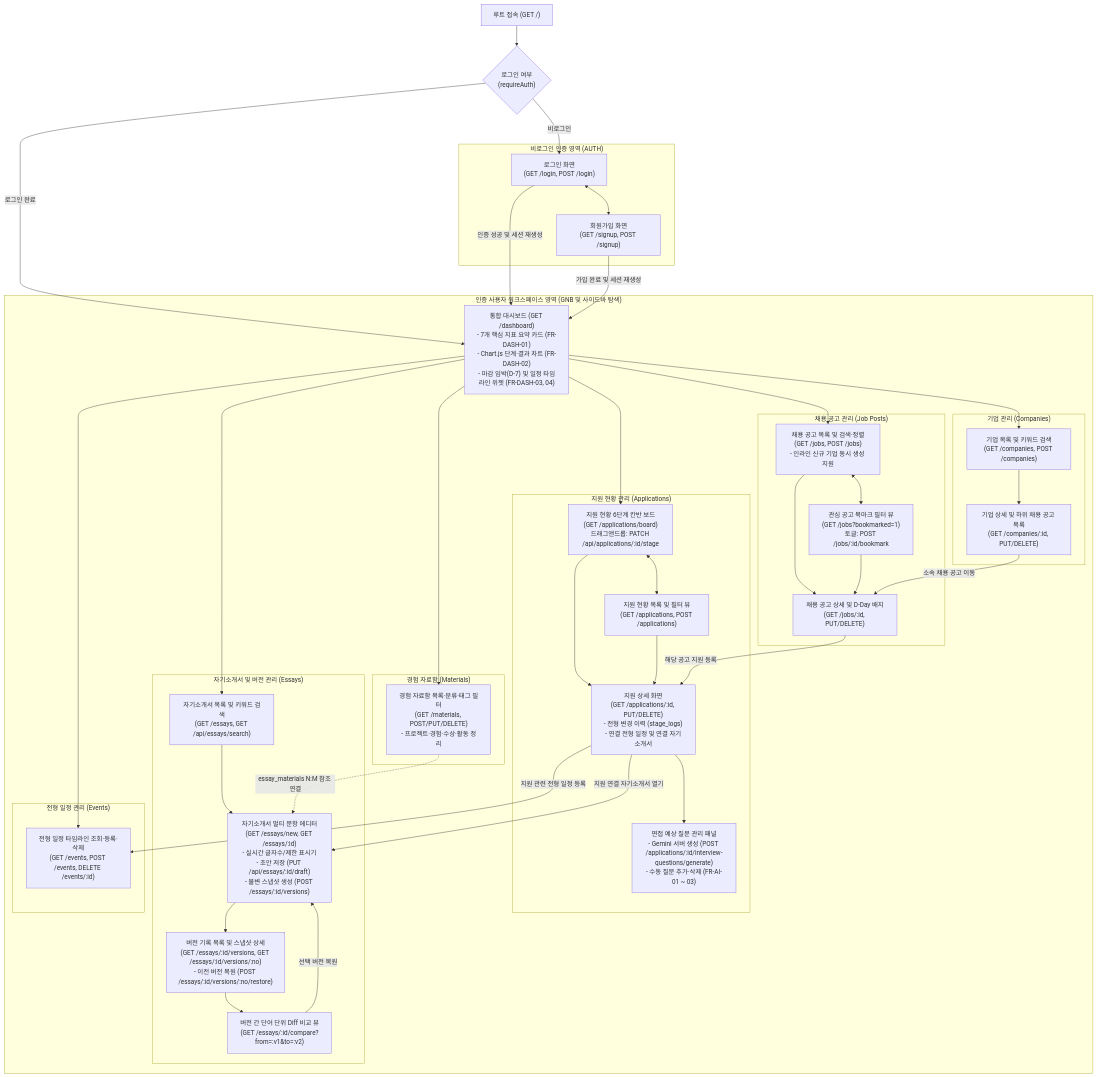
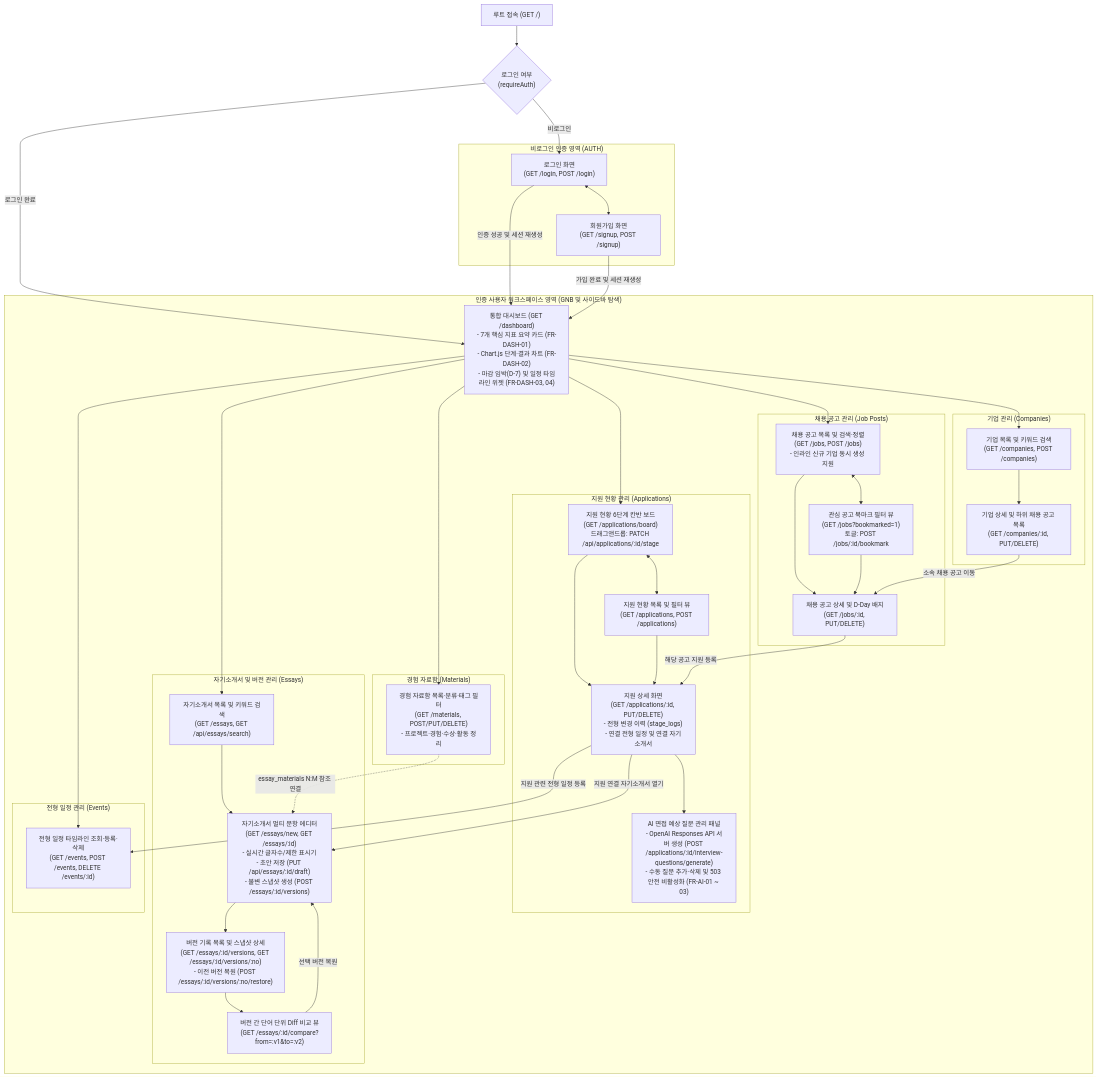
One commit to NoNamad5196/ReadySetJob changed the first of 5 diagrams in docs/PROJECT_PROPOSAL.md. Above: the diagram before and after it, drawn with Mermaid. The commit also changed other lines of this file and 57 other files, not shown here.

````diff
--- a/docs/PROJECT_PROPOSAL.md
+++ b/docs/PROJECT_PROPOSAL.md
@@ -292,77 +314,77 @@
 ```mermaid
 flowchart TD
     Root["루트 접속 (GET /)"] --> AuthCheck{"로그인 여부\n(requireAuth)"}
 
     subgraph Public["비로그인 인증 영역 (AUTH)"]
         Login["로그인 화면\n(GET /login, POST /login)"]
         Signup["회원가입 화면\n(GET /signup, POST /signup)"]
         Login <--> Signup
     end
 
     AuthCheck -- "비로그인" --> Login
     AuthCheck -- "로그인 완료" --> Dashboard
     Login -- "인증 성공 및 세션 재생성" --> Dashboard
     Signup -- "가입 완료 및 세션 재생성" --> Dashboard
 
     subgraph Private["인증 사용자 워크스페이스 영역 (GNB 및 사이드바 탐색)"]
         Dashboard["통합 대시보드 (GET /dashboard)\n- 7개 핵심 지표 요약 카드 (FR-DASH-01)\n- Chart.js 단계·결과 차트 (FR-DASH-02)\n- 마감 임박(D-7) 및 일정 타임라인 위젯 (FR-DASH-03, 04)"]
 
         subgraph AppModule["지원 현황 관리 (Applications)"]
             AppBoard["지원 현황 6단계 칸반 보드\n(GET /applications/board)\n드래그앤드롭: PATCH /api/applications/:id/stage"]
             AppList["지원 현황 목록 및 필터 뷰\n(GET /applications, POST /applications)"]
             AppDetail["지원 상세 화면\n(GET /applications/:id, PUT/DELETE)\n- 전형 변경 이력 (stage_logs)\n- 연결 전형 일정 및 연결 자기소개서"]
-            AIQuestions["면접 예상 질문 관리 패널\n- Gemini 서버 생성 (POST /applications/:id/interview-questions/generate)\n- 수동 질문 추가·삭제 (FR-AI-01 ~ 03)"]
+            AIQuestions["AI 면접 예상 질문 관리 패널\n- OpenAI Responses API 서버 생성 (POST /applications/:id/interview-questions/generate)\n- 수동 질문 추가·삭제 및 503 안전 비활성화 (FR-AI-01 ~ 03)"]
             AppBoard <--> AppList
             AppBoard --> AppDetail
             AppList --> AppDetail
             AppDetail --> AIQuestions
         end
 
         subgraph JobModule["채용 공고 관리 (Job Posts)"]
             JobList["채용 공고 목록 및 검색·정렬\n(GET /jobs, POST /jobs)\n- 인라인 신규 기업 동시 생성 지원"]
             JobBookmark["관심 공고 북마크 필터 뷰\n(GET /jobs?bookmarked=1)\n토글: POST /jobs/:id/bookmark"]
             JobDetail["채용 공고 상세 및 D-Day 배지\n(GET /jobs/:id, PUT/DELETE)"]
             JobList <--> JobBookmark
             JobList --> JobDetail
             JobBookmark --> JobDetail
         end
 
         subgraph CompanyModule["기업 관리 (Companies)"]
             CompList["기업 목록 및 키워드 검색\n(GET /companies, POST /companies)"]
             CompDetail["기업 상세 및 하위 채용 공고 목록\n(GET /companies/:id, PUT/DELETE)"]
             CompList --> CompDetail
         end
 
         subgraph EssayModule["자기소개서 및 버전 관리 (Essays)"]
             EssayList["자기소개서 목록 및 키워드 검색\n(GET /essays, GET /api/essays/search)"]
             EssayEditor["자기소개서 멀티 문항 에디터\n(GET /essays/new, GET /essays/:id)\n- 실시간 글자수/제한 표시기\n- 초안 저장 (PUT /api/essays/:id/draft)\n- 불변 스냅샷 생성 (POST /essays/:id/versions)"]
             EssayVersions["버전 기록 목록 및 스냅샷 상세\n(GET /essays/:id/versions, GET /essays/:id/versions/:no)\n- 이전 버전 복원 (POST /essays/:id/versions/:no/restore)"]
             EssayCompare["버전 간 단어 단위 Diff 비교 뷰\n(GET /essays/:id/compare?from=:v1&to=:v2)"]
             EssayList --> EssayEditor
             EssayEditor --> EssayVersions
             EssayVersions --> EssayCompare
             EssayCompare -- "선택 버전 복원" --> EssayEditor
         end
 
         subgraph MatModule["경험 자료함 (Materials)"]
             MatList["경험 자료함 목록·분류·태그 필터\n(GET /materials, POST/PUT/DELETE)\n- 프로젝트·경험·수상·활동 정리"]
         end
 
         subgraph EventModule["전형 일정 관리 (Events)"]
             EventList["전형 일정 타임라인 조회·등록·삭제\n(GET /events, POST /events, DELETE /events/:id)"]
         end
 
         Dashboard --> AppBoard
         Dashboard --> JobList
         Dashboard --> CompList
         Dashboard --> EssayList
         Dashboard --> MatList
         Dashboard --> EventList
 
         CompDetail -- "소속 채용 공고 이동" --> JobDetail
         JobDetail -- "해당 공고 지원 등록" --> AppDetail
         AppDetail -- "지원 연결 자기소개서 열기" --> EssayEditor
         AppDetail -- "지원 관련 전형 일정 등록" --> EventList
         MatList -. "essay_materials N:M 참조 연결" .-> EssayEditor
     end
 ```
````
